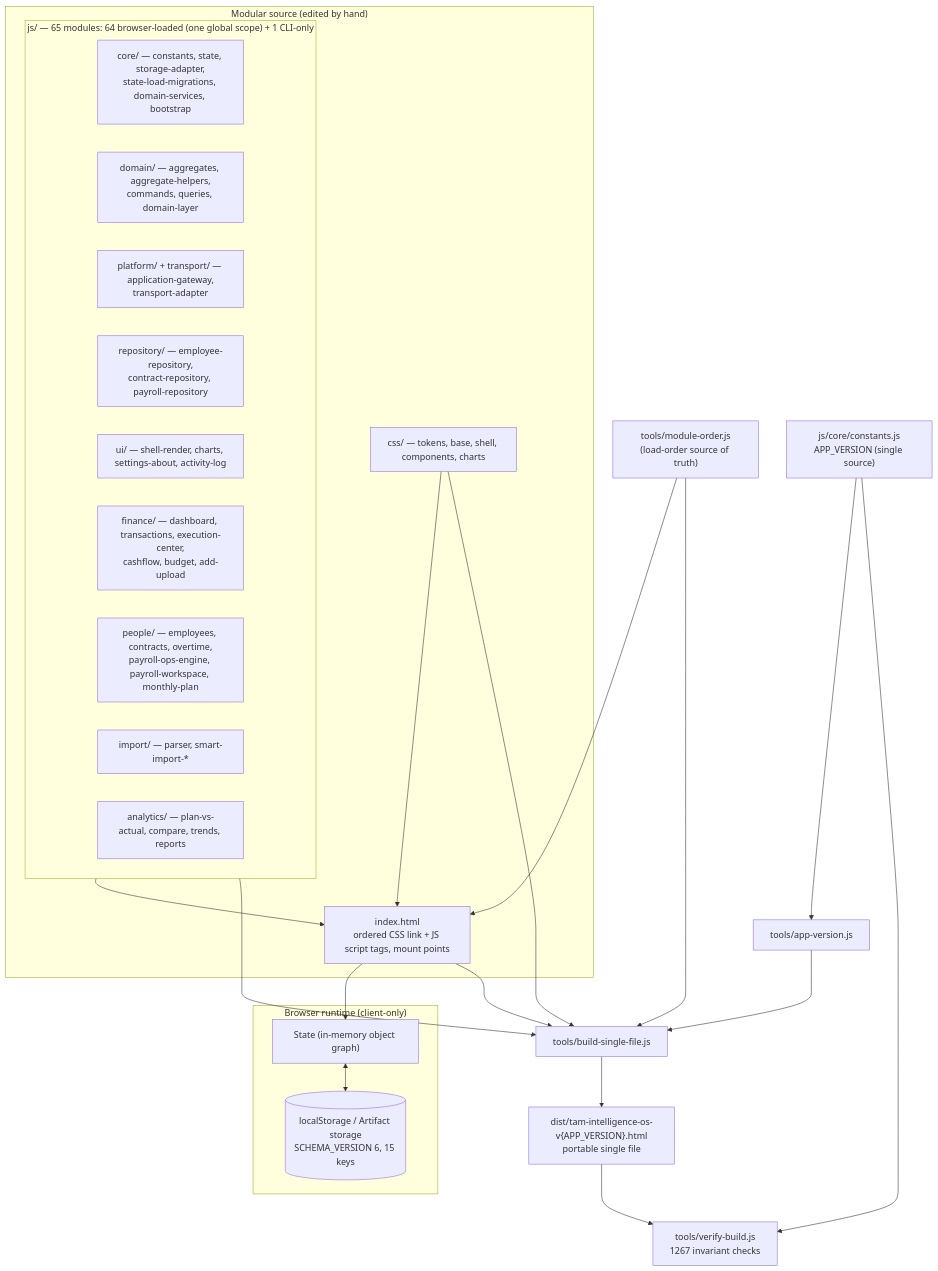
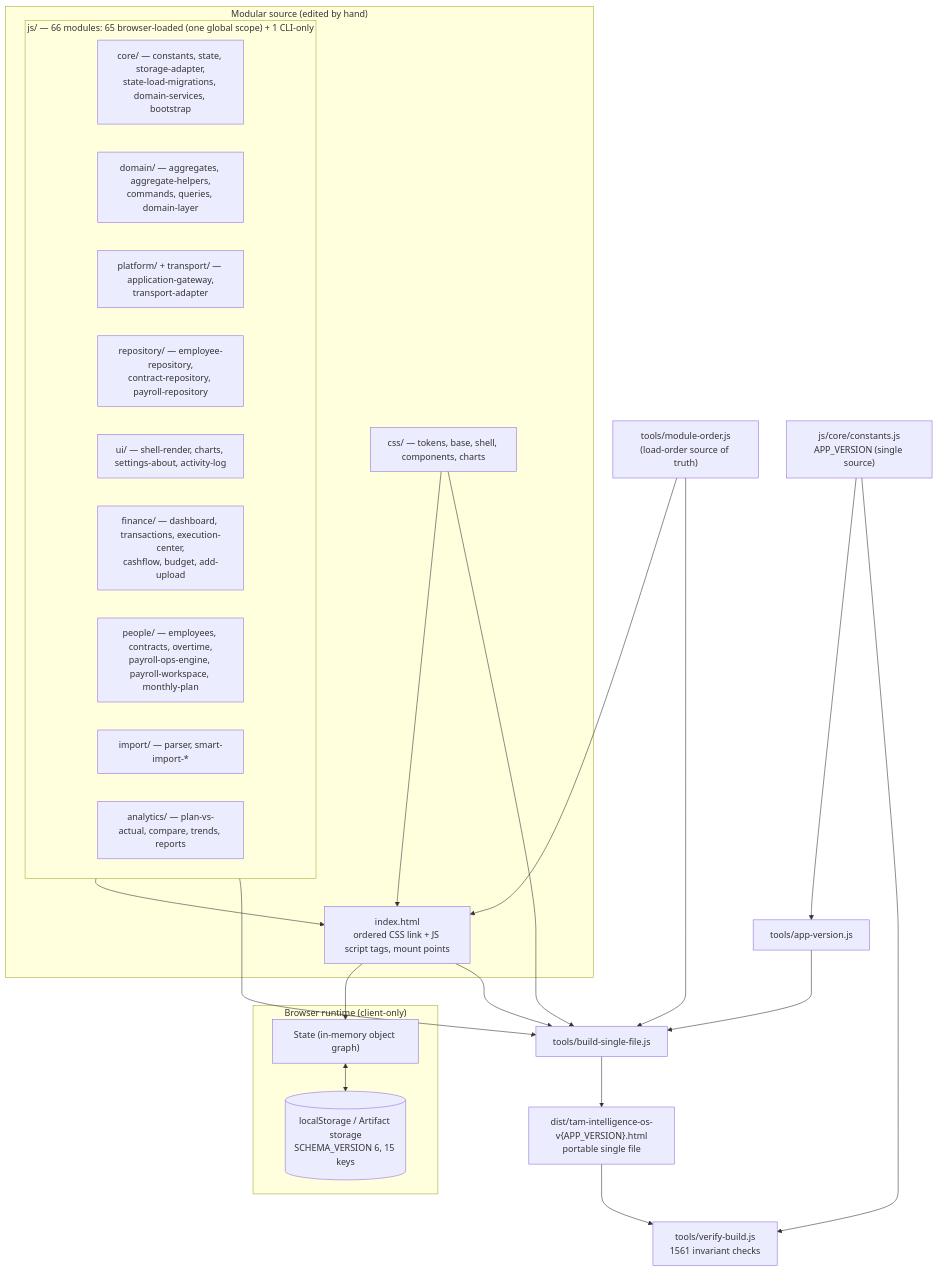
The first of 3 diagrams in ARCHITECTURE.md (fanoryu/TAM-Intelligence-OS), drawn with Mermaid before and after one commit. The commit also changed other lines of this file and 4 other files, not shown here.

````diff
--- a/ARCHITECTURE.md
+++ b/ARCHITECTURE.md
@@ -55,45 +56,45 @@
 ```mermaid
 flowchart TD
   subgraph SRC["Modular source (edited by hand)"]
     IDX["index.html<br/>ordered CSS link + JS script tags, mount points"]
     CSS["css/ — tokens, base, shell, components, charts"]
-    subgraph JSMOD["js/ — 65 modules: 64 browser-loaded (one global scope) + 1 CLI-only"]
+    subgraph JSMOD["js/ — 66 modules: 65 browser-loaded (one global scope) + 1 CLI-only"]
       CORE["core/ — constants, state, storage-adapter,<br/>state-load-migrations, domain-services, bootstrap"]
       DOM["domain/ — aggregates, aggregate-helpers,<br/>commands, queries, domain-layer"]
       PLAT["platform/ + transport/ — application-gateway,<br/>transport-adapter"]
       REPO["repository/ — employee-repository,<br/>contract-repository, payroll-repository"]
       UI["ui/ — shell-render, charts, settings-about, activity-log"]
       FIN["finance/ — dashboard, transactions, execution-center,<br/>cashflow, budget, add-upload"]
       PPL["people/ — employees, contracts, overtime,<br/>payroll-ops-engine, payroll-workspace, monthly-plan"]
       IMP["import/ — parser, smart-import-*"]
       ANA["analytics/ — plan-vs-actual, compare, trends, reports"]
     end
   end
 
   subgraph RUN["Browser runtime (client-only)"]
     STATE["State (in-memory object graph)"]
     LS[("localStorage / Artifact storage<br/>SCHEMA_VERSION 6, 15 keys")]
   end
 
   ORDER["tools/module-order.js<br/>(load-order source of truth)"]
   CONST["js/core/constants.js<br/>APP_VERSION (single source)"]
   AV["tools/app-version.js"]
   BUILD["tools/build-single-file.js"]
-  VERIFY["tools/verify-build.js<br/>1267 invariant checks"]
+  VERIFY["tools/verify-build.js<br/>1561 invariant checks"]
   DIST["dist/tam-intelligence-os-v{APP_VERSION}.html<br/>portable single file"]
 
   CSS --> IDX
   JSMOD --> IDX
   IDX --> STATE
   STATE <--> LS
 
   ORDER --> IDX
   ORDER --> BUILD
   CONST --> AV --> BUILD
   IDX --> BUILD
   CSS --> BUILD
   JSMOD --> BUILD
   BUILD --> DIST
   DIST --> VERIFY
   CONST --> VERIFY
 ```
````
